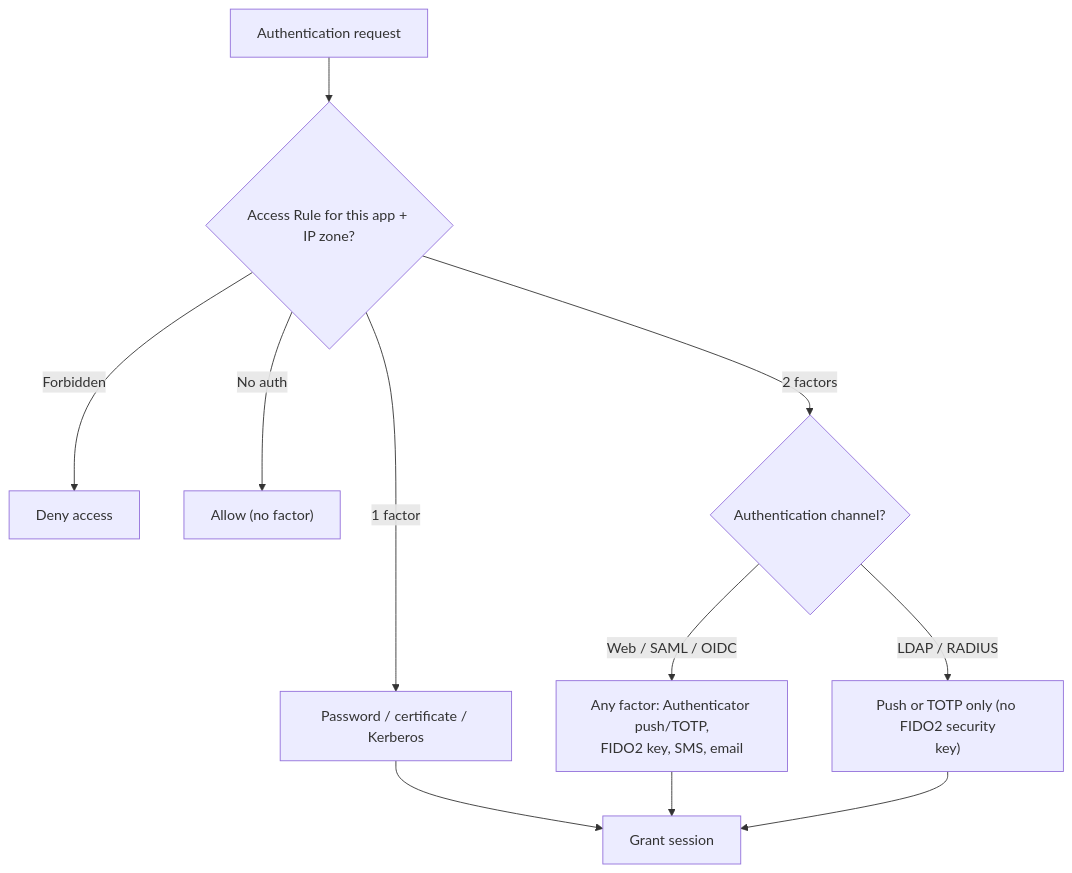
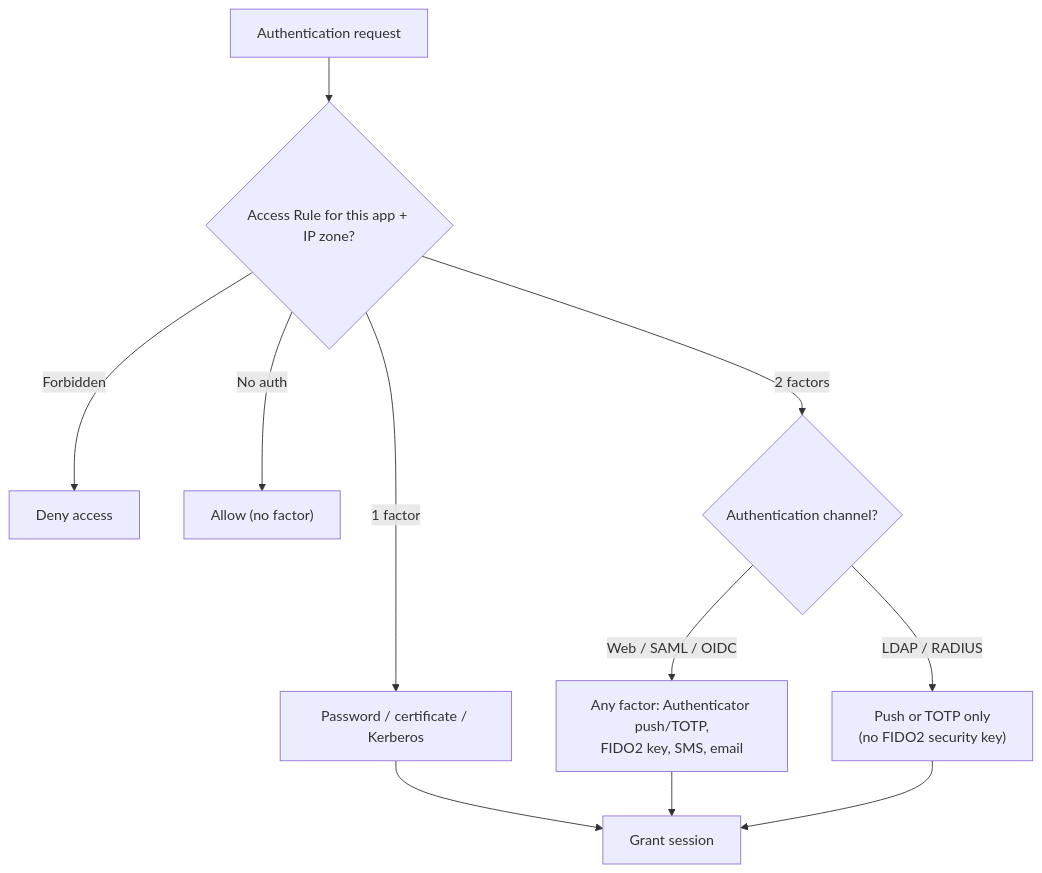
One commit to morandeirachema/WallixCerts changed the second of 4 diagrams in certs/wallix/deep-dives/idaas-trustelem.md. Above: the diagram before and after it, drawn with Mermaid. The commit also changed 8 other files, not shown here.

First line of the commit message:
Quality pass (no new topics): fix Mermaid orphans + harden the anchor checker

````diff
--- a/certs/wallix/deep-dives/idaas-trustelem.md
+++ b/certs/wallix/deep-dives/idaas-trustelem.md
@@ -162,13 +162,13 @@
 ```mermaid
 flowchart TD
     Start["Authentication request"] --> Rule{"Access Rule for this app + IP zone?"}
     Rule -->|"Forbidden"| Deny["Deny access"]
     Rule -->|"No auth"| Allow["Allow (no factor)"]
     Rule -->|"1 factor"| OneF["Password / certificate / Kerberos"]
     Rule -->|"2 factors"| Proto{"Authentication channel?"}
     Proto -->|"Web / SAML / OIDC"| AllFactors["Any factor: Authenticator push/TOTP,<br/>FIDO2 key, SMS, email"]
-    Proto -->|"LDAP / RADIUS"| NoKey["Push or TOTP only (no FIDO2 security<br/>key)"]
+    Proto -->|"LDAP / RADIUS"| NoKey["Push or TOTP only<br/>(no FIDO2 security key)"]
     OneF --> Grant["Grant session"]
     AllFactors --> Grant
     NoKey --> Grant
 ```
````
